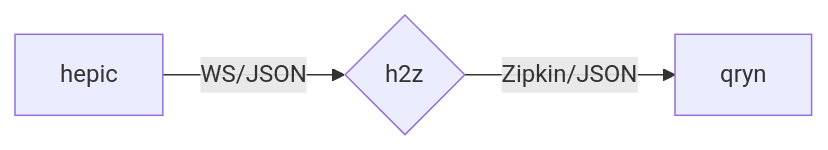
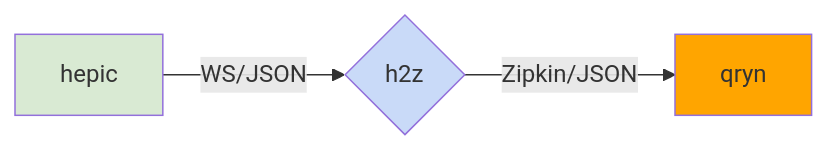
The diagram in README.md (hepictel/h2Z), drawn with Mermaid before and after one commit.

````diff
--- a/README.md
+++ b/README.md
@@ -5,6 +5,11 @@
 ```mermaid
 flowchart LR
 
 A[hepic] -->|WS/JSON| C{h2z}
 C -->|Zipkin/JSON| D[qryn]
+
+
+style A fill:#d9ead3ff
+style D fill:#FFA500ff
+style C fill:#c9daf8ff
 ```
````
